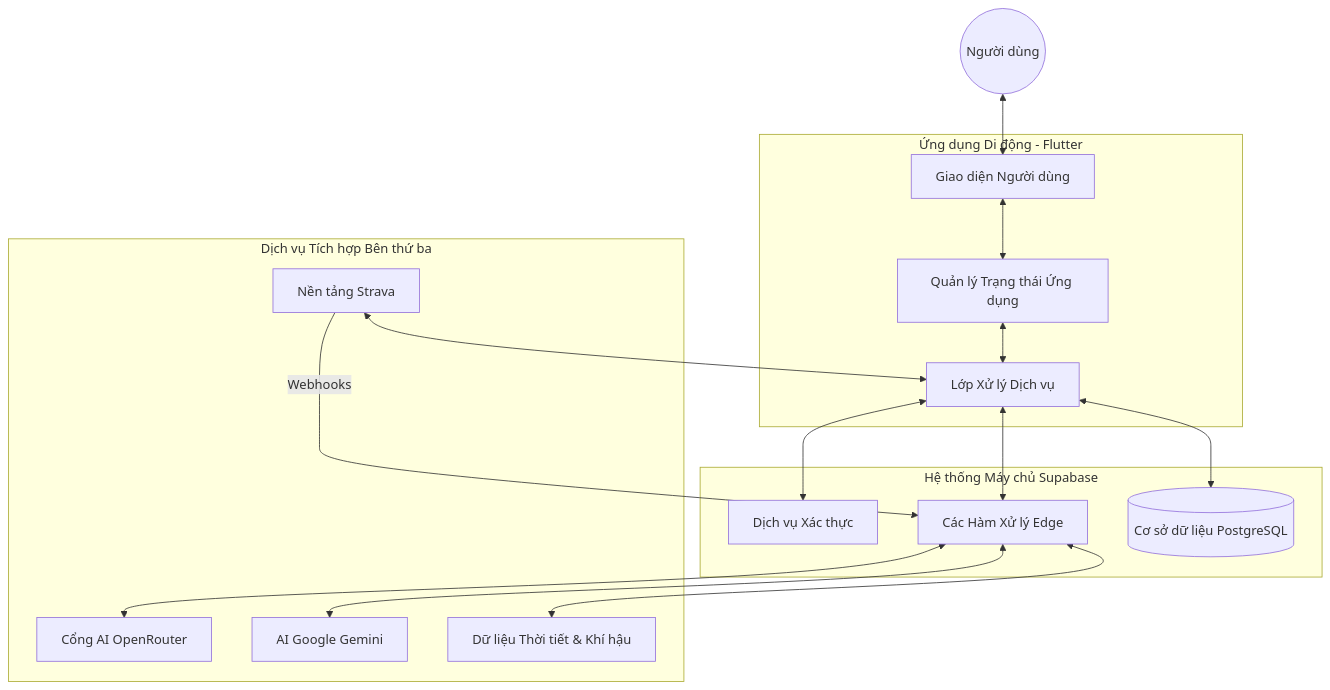
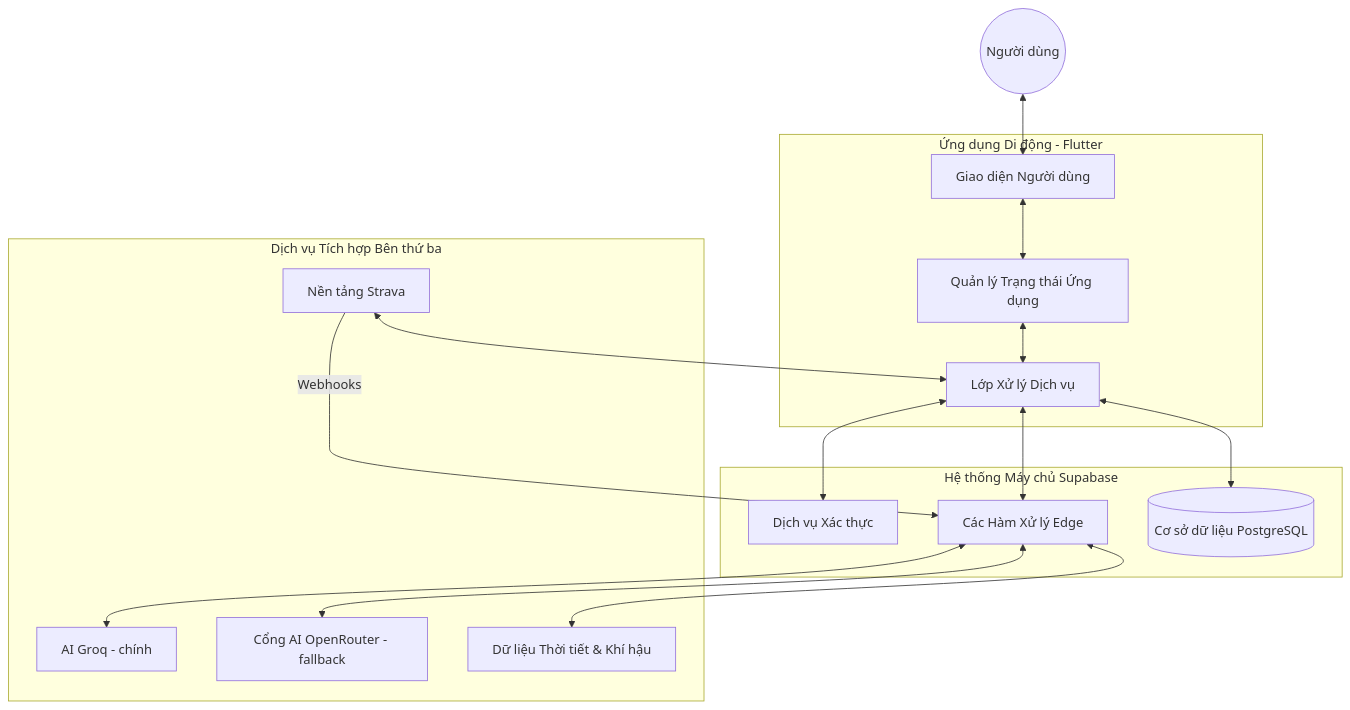
One commit to k4spi4n/runny-ai changed the diagram in docs/architecture.md. Above: the diagram before and after it, drawn with Mermaid. The commit also changed other lines of this file and 7 other files, not shown here.

First line of the commit message:
feat(ai): make Groq the primary provider with OpenRouter fallback

````diff
--- a/docs/architecture.md
+++ b/docs/architecture.md
@@ -7,37 +7,37 @@
 ```mermaid
 flowchart TB
     User((Người dùng))
     
     subgraph Client [Ứng dụng Di động - Flutter]
         UI[Giao diện Người dùng]
         Services[Lớp Xử lý Dịch vụ]
         Provider[Quản lý Trạng thái Ứng dụng]
     end
     
     subgraph Backend [Hệ thống Máy chủ Supabase]
         Auth[Dịch vụ Xác thực]
         Functions[Các Hàm Xử lý Edge]
         DB[(Cơ sở dữ liệu PostgreSQL)]
     end
     
     subgraph External [Dịch vụ Tích hợp Bên thứ ba]
-        OpenRouter[Cổng AI OpenRouter]
-        Gemini[AI Google Gemini]
+        Groq[AI Groq - chính]
+        OpenRouter[Cổng AI OpenRouter - fallback]
         Strava[Nền tảng Strava]
         Weather[Dữ liệu Thời tiết & Khí hậu]
     end
 
     User <--> UI
     UI <--> Provider
     Provider <--> Services
     
     Services <--> Auth
     Services <--> DB
     Services <--> Functions
     
+    Functions <--> Groq
     Functions <--> OpenRouter
-    Functions <--> Gemini
     Functions <--> Weather
     Strava -- Webhooks --> Functions
     Strava <--> Services
 ```
````
